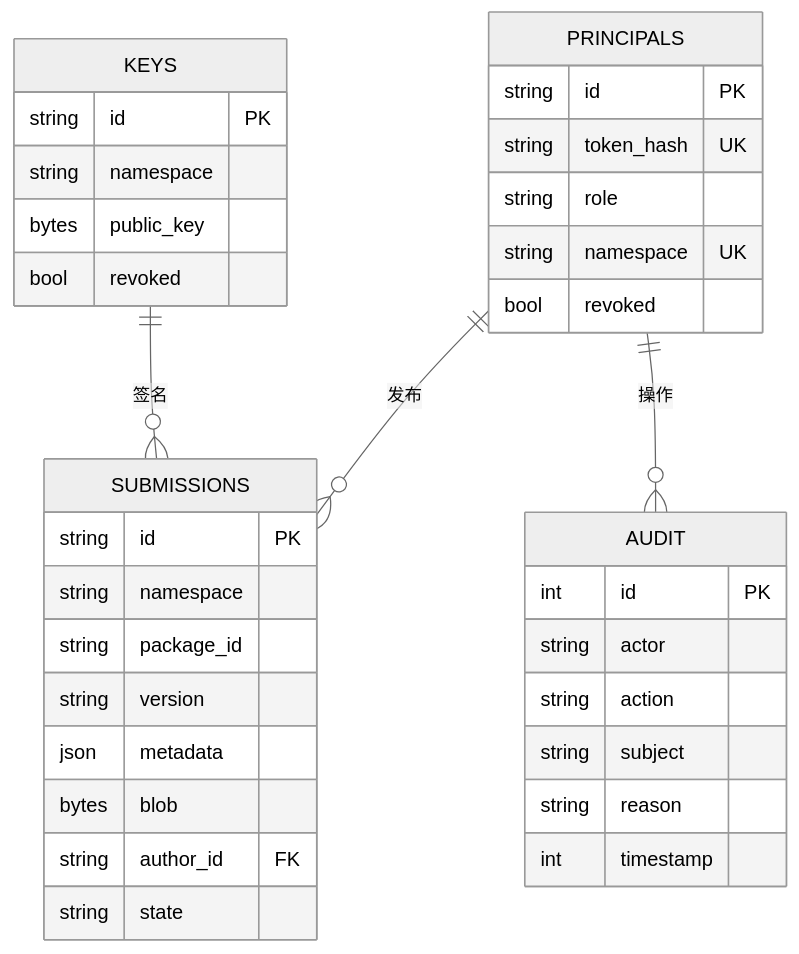
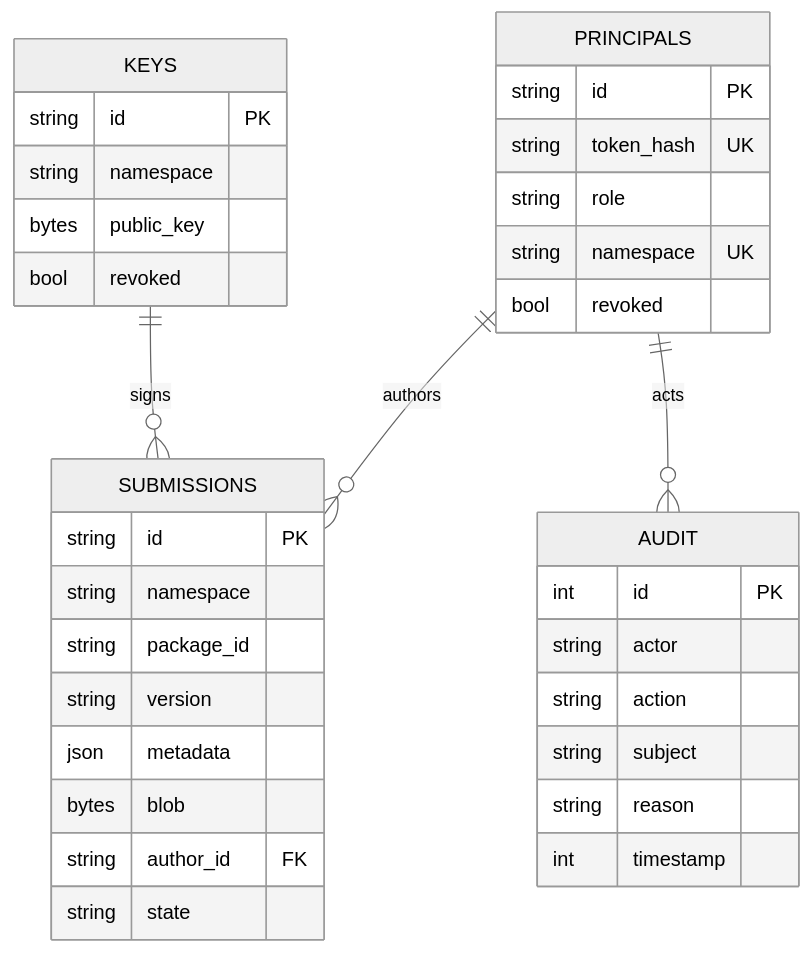
One commit to KiriAky107/Community-for-OpenNexus changed the fourth of 4 diagrams in README.zh-CN.md. Above: the diagram before and after it, drawn with Mermaid (neutral theme). The commit also changed other lines of this file and 3 other files, not shown here.

````diff
--- a/README.zh-CN.md
+++ b/README.zh-CN.md
@@ -89,38 +136,38 @@
 ```mermaid
 erDiagram
-    PRINCIPALS ||--o{ SUBMISSIONS : 发布
-    PRINCIPALS ||--o{ AUDIT : 操作
-    KEYS ||--o{ SUBMISSIONS : 签名
+    PRINCIPALS ||--o{ SUBMISSIONS : authors
+    PRINCIPALS ||--o{ AUDIT : acts
+    KEYS ||--o{ SUBMISSIONS : signs
 
     PRINCIPALS {
         string id PK
         string token_hash UK
         string role
         string namespace UK
         bool revoked
     }
     KEYS {
         string id PK
         string namespace
         bytes public_key
         bool revoked
     }
     SUBMISSIONS {
         string id PK
         string namespace
         string package_id
         string version
         json metadata
         bytes blob
         string author_id FK
         string state
     }
     AUDIT {
         int id PK
         string actor
         string action
         string subject
         string reason
         int timestamp
     }
 ```
````
